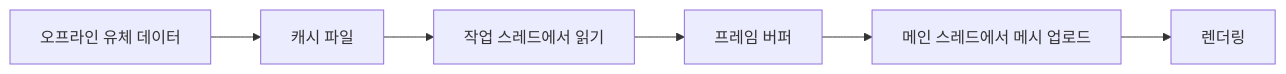
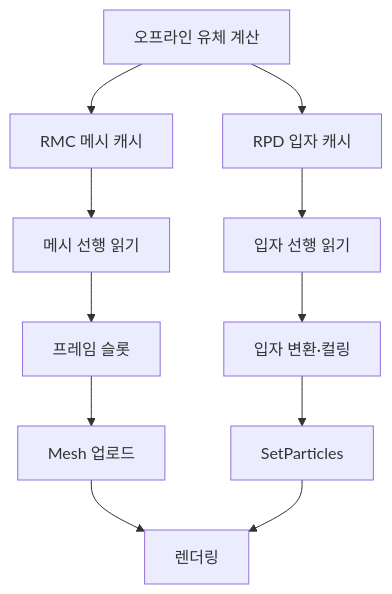
The diagram in content/articles/graphics/water-playback.md (imjae/imjae.github.io), drawn with Mermaid before and after one commit. The commit also changed other lines of this file, not shown here.

````diff
--- a/content/articles/graphics/water-playback.md
+++ b/content/articles/graphics/water-playback.md
@@ -29,8 +41,13 @@
 ```mermaid
-flowchart LR
-    A[오프라인 유체 데이터] --> B[캐시 파일]
-    B --> C[작업 스레드에서 읽기]
-    C --> D[프레임 버퍼]
-    D --> E[메인 스레드에서 메시 업로드]
-    E --> F[렌더링]
+flowchart TD
+    A[오프라인 유체 계산] --> B[RMC 메시 캐시]
+    A --> C[RPD 입자 캐시]
+    B --> D[메시 선행 읽기]
+    C --> E[입자 선행 읽기]
+    D --> F[프레임 슬롯]
+    E --> G[입자 변환·컬링]
+    F --> H[Mesh 업로드]
+    G --> I[SetParticles]
+    H --> J[렌더링]
+    I --> J
 ```
````
